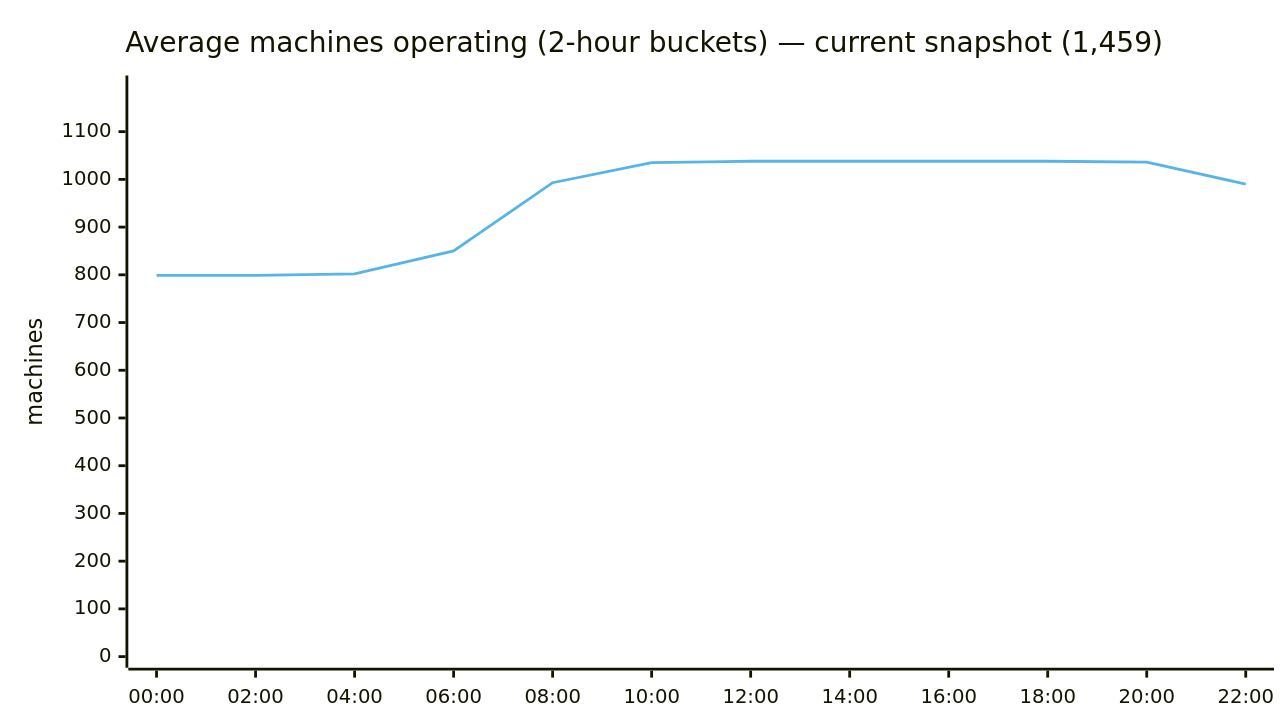
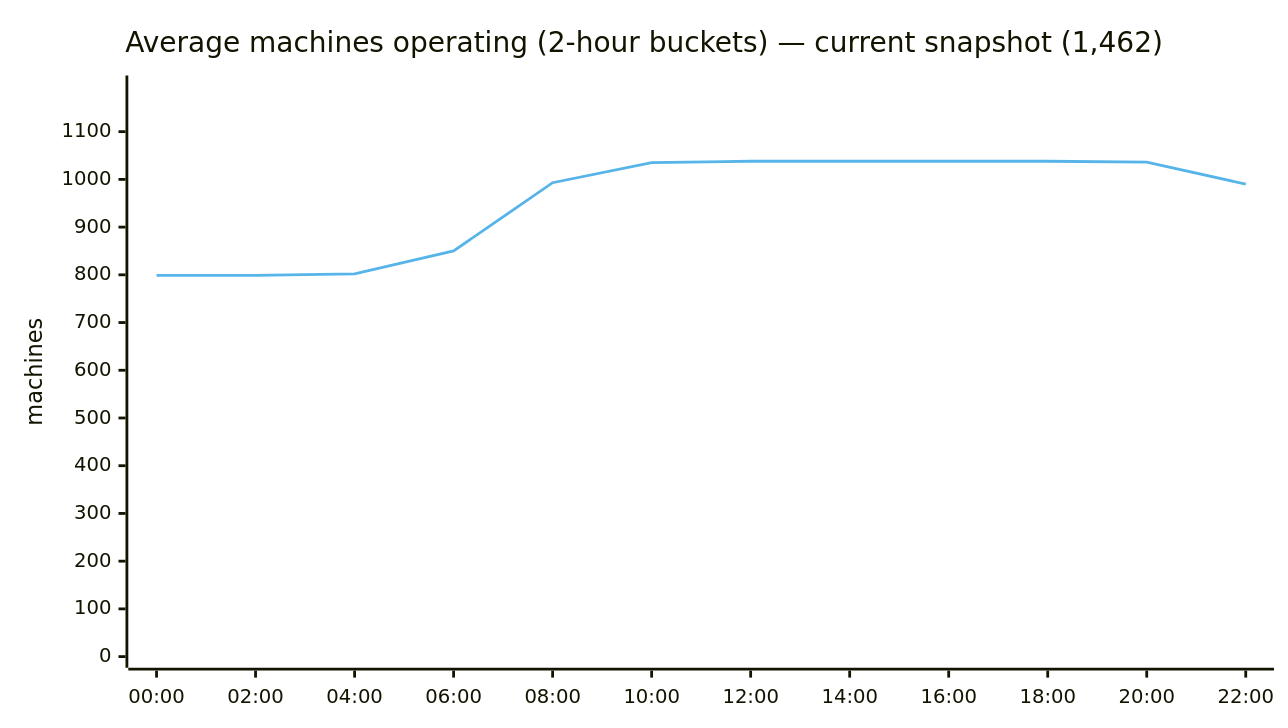
The second of 5 diagrams in ANALYSIS.md (cheeaun/returnright-data), drawn with Mermaid before and after one commit. The commit also changed other lines of this file and 4 other files, not shown here.

````diff
--- a/ANALYSIS.md
+++ b/ANALYSIS.md
@@ -66,15 +66,15 @@
 ```mermaid
 ---
 config:
   themeVariables:
     xyChart:
       plotColorPalette: "#56B4E9"
   xyChart:
     width: 900
 ---
 xychart-beta
-    title "Average machines operating (2-hour buckets) — current snapshot (1,459)"
+    title "Average machines operating (2-hour buckets) — current snapshot (1,462)"
     x-axis ["00:00", "02:00", "04:00", "06:00", "08:00", "10:00", "12:00", "14:00", "16:00", "18:00", "20:00", "22:00"]
     y-axis "machines" 0 --> 1194
     line [799, 799, 802, 850, 993, 1035, 1038, 1038, 1038, 1038, 1036, 990]
 ```
````
